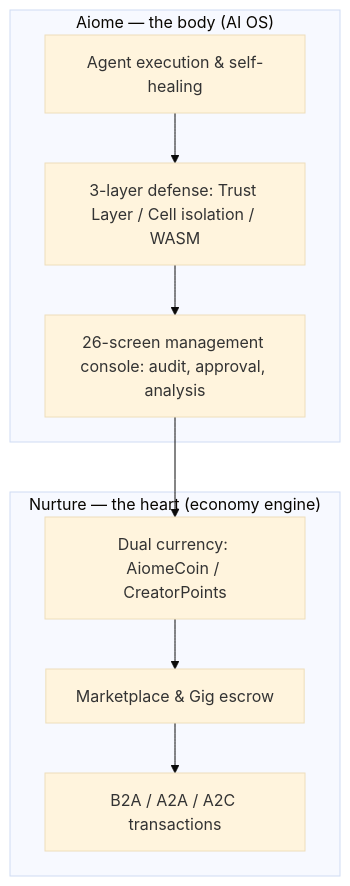
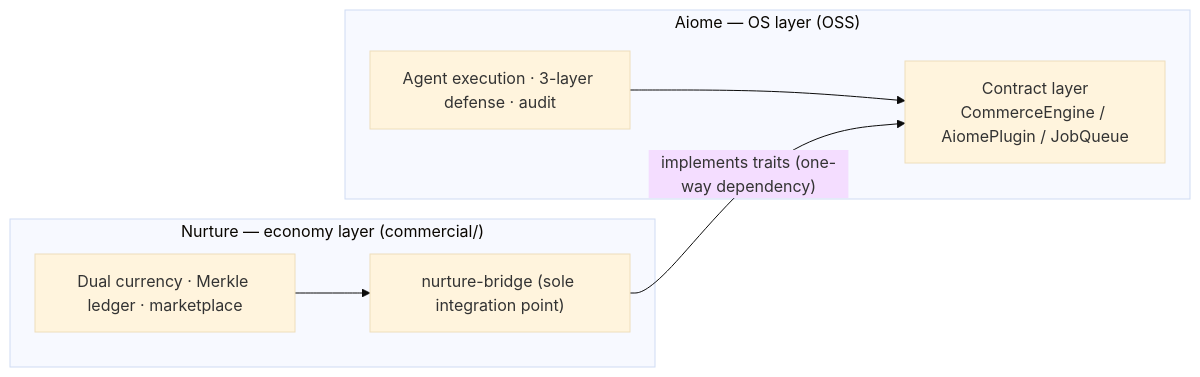
One commit to for4xex-droid/modular-open-claw changed the diagram in README_en.md. Above: the diagram before and after it, drawn with Mermaid (base theme). The commit also changed other lines of this file and 43 other files, not shown here.

First line of the commit message:
feat(synergy): wire Aiome×Nurture integration and refresh synergy PR

````diff
--- a/README_en.md
+++ b/README_en.md
@@ -108,12 +108,10 @@
 ```mermaid
-graph TB
-    subgraph "Aiome — the body (AI OS)"
-        A[Agent execution & self-healing] --> B[3-layer defense: Trust Layer / Cell isolation / WASM]
-        B --> C[26-screen management console: audit, approval, analysis]
+graph LR
+    subgraph OSS["Aiome — OS layer (OSS)"]
+        OS["Agent execution · 3-layer defense · audit"] --> CT["Contract layer<br/>CommerceEngine / AiomePlugin / JobQueue"]
     end
-    subgraph "Nurture — the heart (economy engine)"
-        D[Dual currency: AiomeCoin / CreatorPoints] --> E[Marketplace & Gig escrow]
-        E --> F[B2A / A2A / A2C transactions]
+    subgraph COM["Nurture — economy layer (commercial/)"]
+        EC["Dual currency · Merkle ledger · marketplace"] --> NB["nurture-bridge (sole integration point)"]
     end
-    C --> D
+    NB -- "implements traits (one-way dependency)" --> CT
 ```
````
